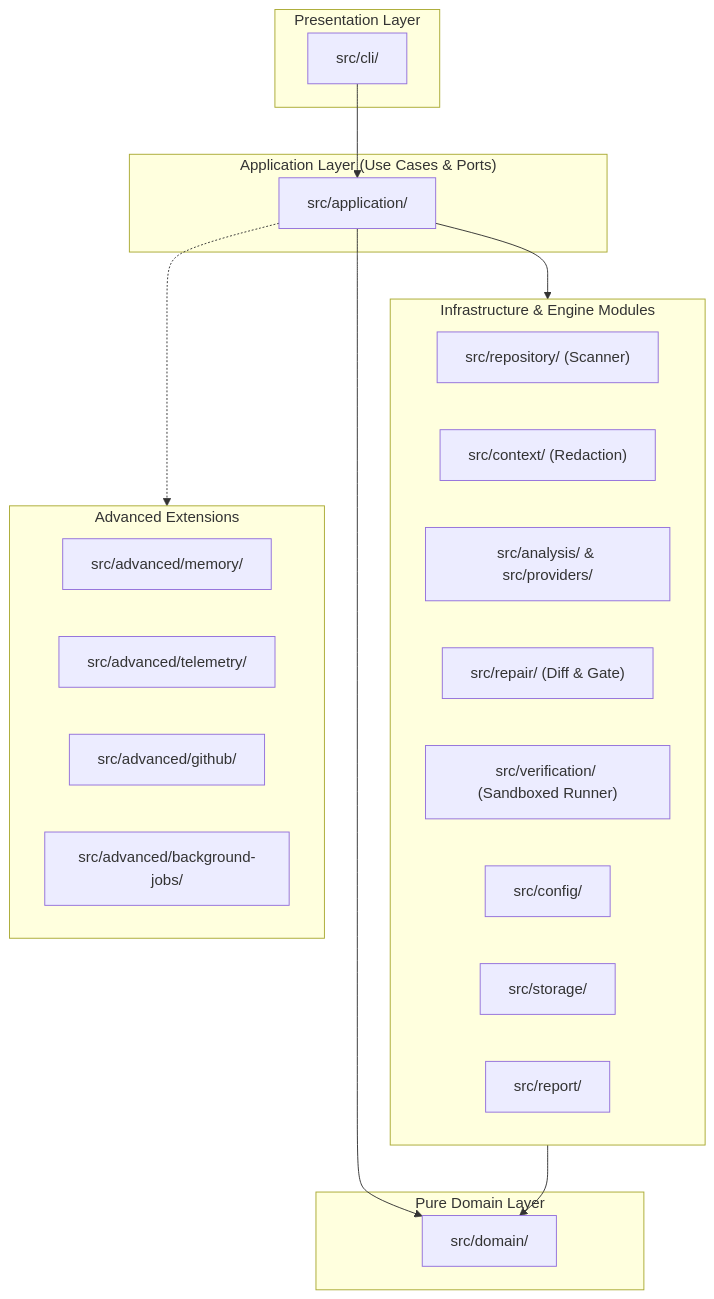
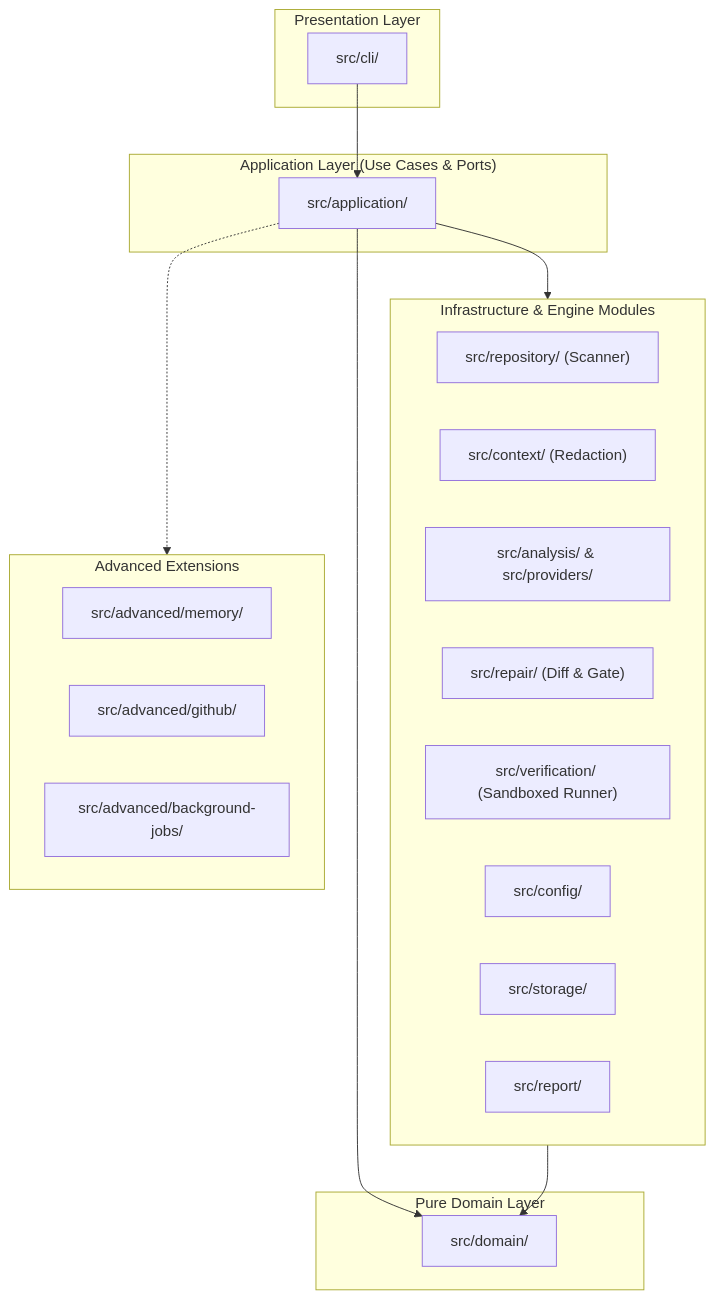
Before and after one commit to Pratham707-S/codevanta: the diagram in project_structure_summary.md, drawn with Mermaid. The commit also changed other lines of this file and 9 other files, not shown here.

First line of the commit message:
docs: align architecture and roadmap with 11-feature scope

````diff
--- a/project_structure_summary.md
+++ b/project_structure_summary.md
@@ -7,38 +7,37 @@
 ```mermaid
 flowchart TD
     subgraph Presentation ["Presentation Layer"]
         CLI["src/cli/"]
     end
 
     subgraph Application ["Application Layer (Use Cases & Ports)"]
         App["src/application/"]
     end
 
     subgraph Domain ["Pure Domain Layer"]
         Dom["src/domain/"]
     end
 
     subgraph Infrastructure ["Infrastructure & Engine Modules"]
         Repo["src/repository/ (Scanner)"]
         Ctx["src/context/ (Redaction)"]
         Analysis["src/analysis/ & src/providers/"]
         Repair["src/repair/ (Diff & Gate)"]
         Verif["src/verification/ (Sandboxed Runner)"]
         Config["src/config/"]
         Storage["src/storage/"]
         Report["src/report/"]
     end
 
     subgraph Advanced ["Advanced Extensions"]
         Memory["src/advanced/memory/"]
-        Telemetry["src/advanced/telemetry/"]
         GitHub["src/advanced/github/"]
         Jobs["src/advanced/background-jobs/"]
     end
 
     CLI --> App
     App --> Dom
     App --> Infrastructure
     Infrastructure --> Dom
     App -.-> Advanced
 ```
````
